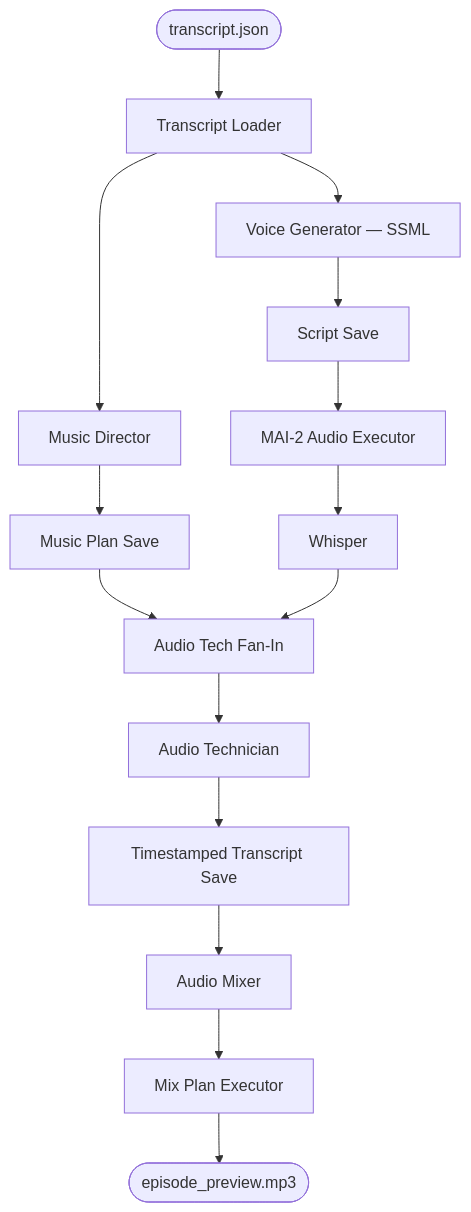
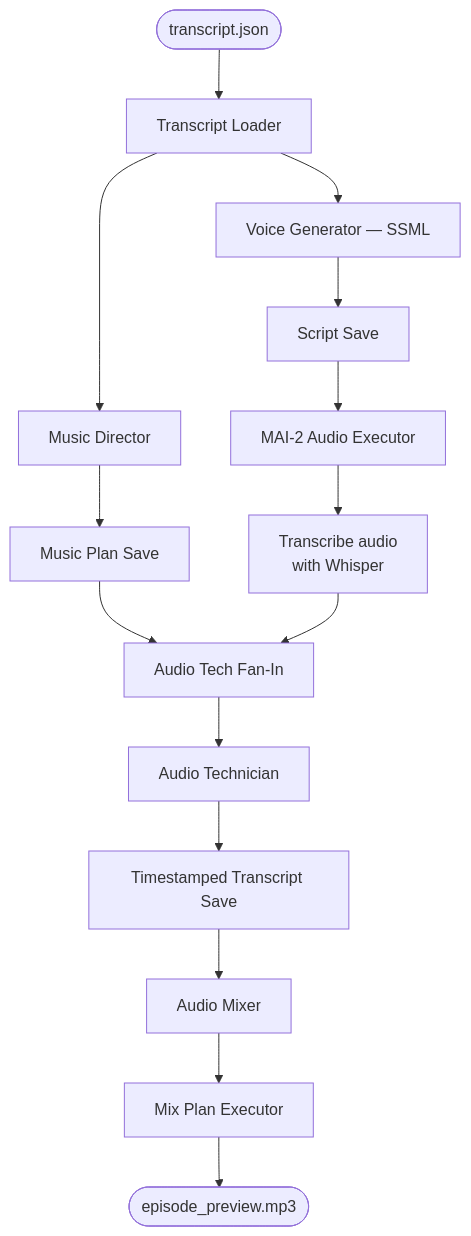
One commit to sarahlevins/ai-podcast-workshop changed the diagram in content/4-Engineering_the_audio/readme.md. Above: the diagram before and after it, drawn with Mermaid. The commit also changed 19 other files, not shown here.

````diff
--- a/content/4-Engineering_the_audio/readme.md
+++ b/content/4-Engineering_the_audio/readme.md
@@ -37,17 +37,17 @@
 ```mermaid
 flowchart TD
     A([transcript.json]) --> B[Transcript Loader]
     B --> C[Voice Generator — SSML]
     B --> D[Music Director]
     C --> E[Script Save]
     D --> F[Music Plan Save]
     E --> G[MAI-2 Audio Executor]
-    G --> H[Whisper]
+    G --> H[Transcribe audio<br>with Whisper]
     F --> I[Audio Tech Fan-In]
     H --> I
     I --> J[Audio Technician]
     J --> K[Timestamped Transcript Save]
     K --> L[Audio Mixer]
     L --> M[Mix Plan Executor]
     M --> N([episode_preview.mp3])
 ```
````
